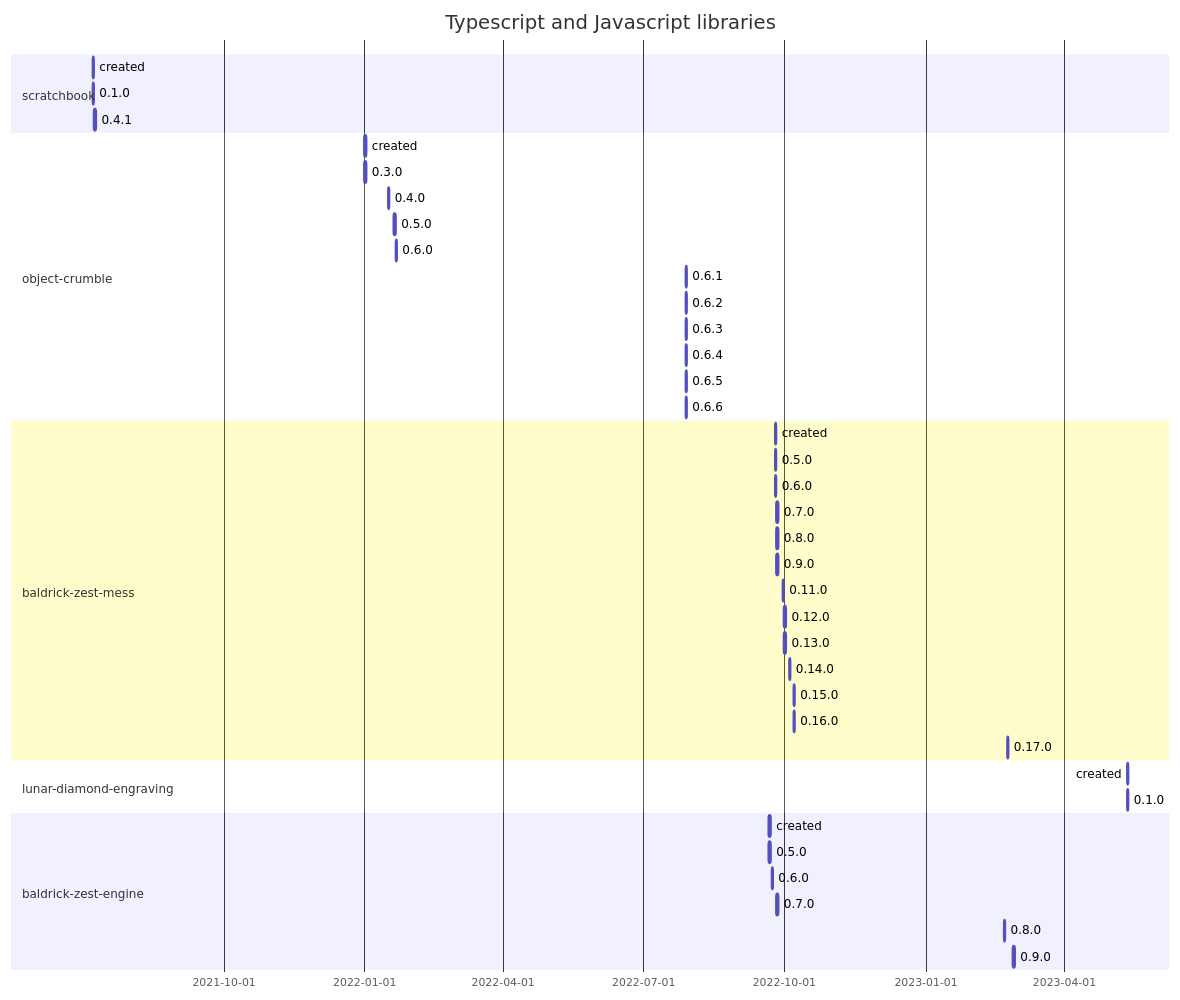
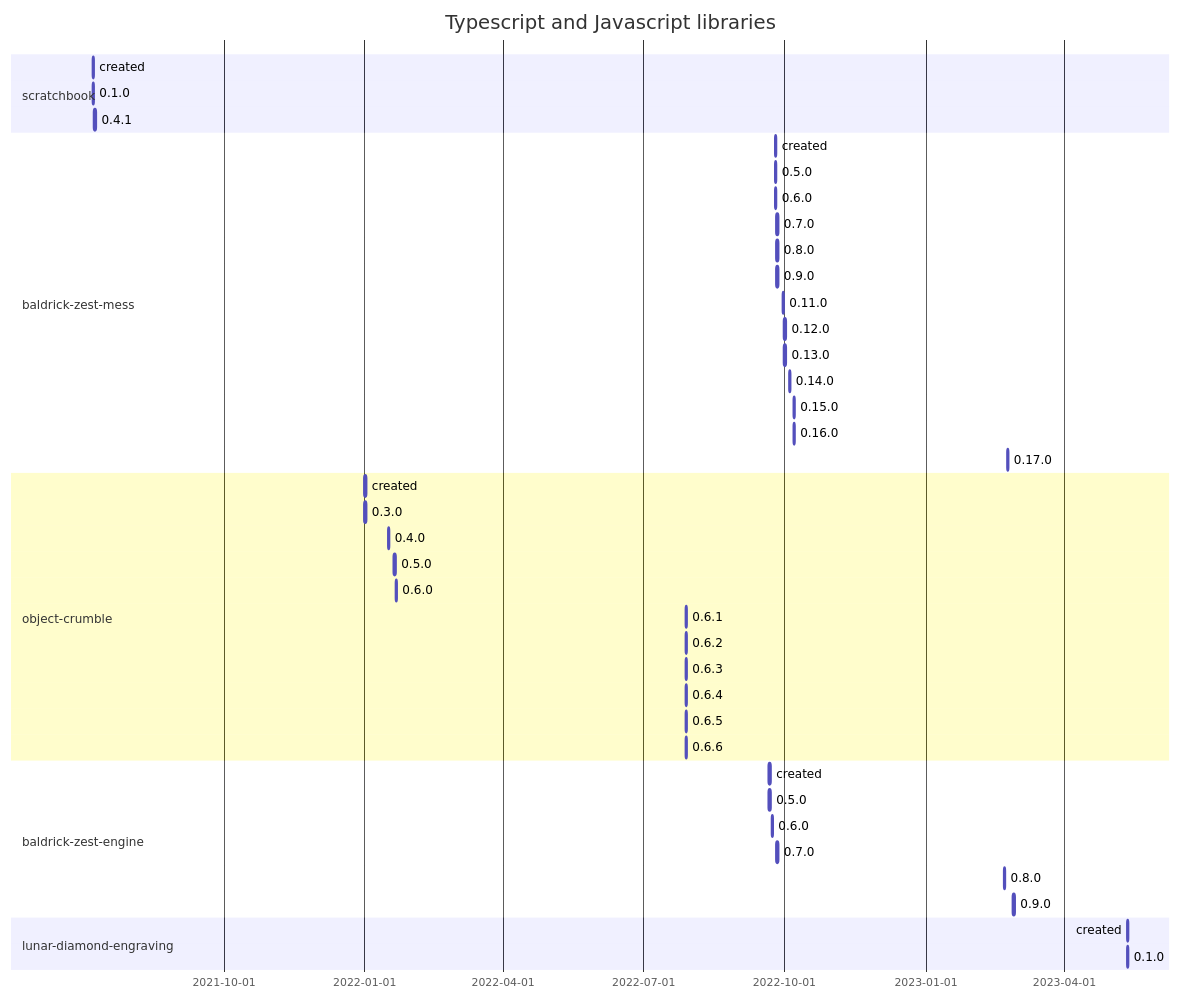
Before and after one commit to flarebyte/overview: the first of 4 diagrams in SOFTWARE-TIMELINE.md, drawn with Mermaid. The commit also changed other lines of this file and 1 other file, not shown here.

````diff
--- a/SOFTWARE-TIMELINE.md
+++ b/SOFTWARE-TIMELINE.md
@@ -8,55 +8,55 @@
 ```mermaid
 gantt
     title Typescript and Javascript libraries
     dateFormat  YYYY-MM-DD
 
     section scratchbook
     created:, 2021-07-08, 1d
     0.1.0:, 2021-07-08, 1d
     0.4.1:, 2021-07-09, 1d
-
-
-    section object-crumble
-    created:, 2022-01-01, 1d
-    0.3.0:, 2022-01-01, 1d
-    0.4.0:, 2022-01-16, 1d
-    0.5.0:, 2022-01-20, 1d
-    0.6.0:, 2022-01-21, 1d
-    0.6.1:, 2022-07-29, 1d
-    0.6.2:, 2022-07-29, 1d
-    0.6.3:, 2022-07-29, 1d
-    0.6.4:, 2022-07-29, 1d
-    0.6.5:, 2022-07-29, 1d
-    0.6.6:, 2022-07-29, 1d
 
 
     section baldrick-zest-mess
     created:, 2022-09-25, 1d
     0.5.0:, 2022-09-25, 1d
     0.6.0:, 2022-09-25, 1d
     0.7.0:, 2022-09-26, 1d
     0.8.0:, 2022-09-26, 1d
     0.9.0:, 2022-09-26, 1d
     0.11.0:, 2022-09-30, 1d
     0.12.0:, 2022-10-01, 1d
     0.13.0:, 2022-10-01, 1d
     0.14.0:, 2022-10-04, 1d
     0.15.0:, 2022-10-07, 1d
     0.16.0:, 2022-10-07, 1d
     0.17.0:, 2023-02-23, 1d
 
 
-    section lunar-diamond-engraving
-    created:, 2023-05-12, 1d
-    0.1.0:, 2023-05-12, 1d
+    section object-crumble
+    created:, 2022-01-01, 1d
+    0.3.0:, 2022-01-01, 1d
+    0.4.0:, 2022-01-16, 1d
+    0.5.0:, 2022-01-20, 1d
+    0.6.0:, 2022-01-21, 1d
+    0.6.1:, 2022-07-29, 1d
+    0.6.2:, 2022-07-29, 1d
+    0.6.3:, 2022-07-29, 1d
+    0.6.4:, 2022-07-29, 1d
+    0.6.5:, 2022-07-29, 1d
+    0.6.6:, 2022-07-29, 1d
 
 
     section baldrick-zest-engine
     created:, 2022-09-21, 1d
     0.5.0:, 2022-09-21, 1d
     0.6.0:, 2022-09-23, 1d
     0.7.0:, 2022-09-26, 1d
     0.8.0:, 2023-02-21, 1d
     0.9.0:, 2023-02-27, 1d
 
+
+    section lunar-diamond-engraving
+    created:, 2023-05-12, 1d
+    0.1.0:, 2023-05-12, 1d
+
 ```
````
